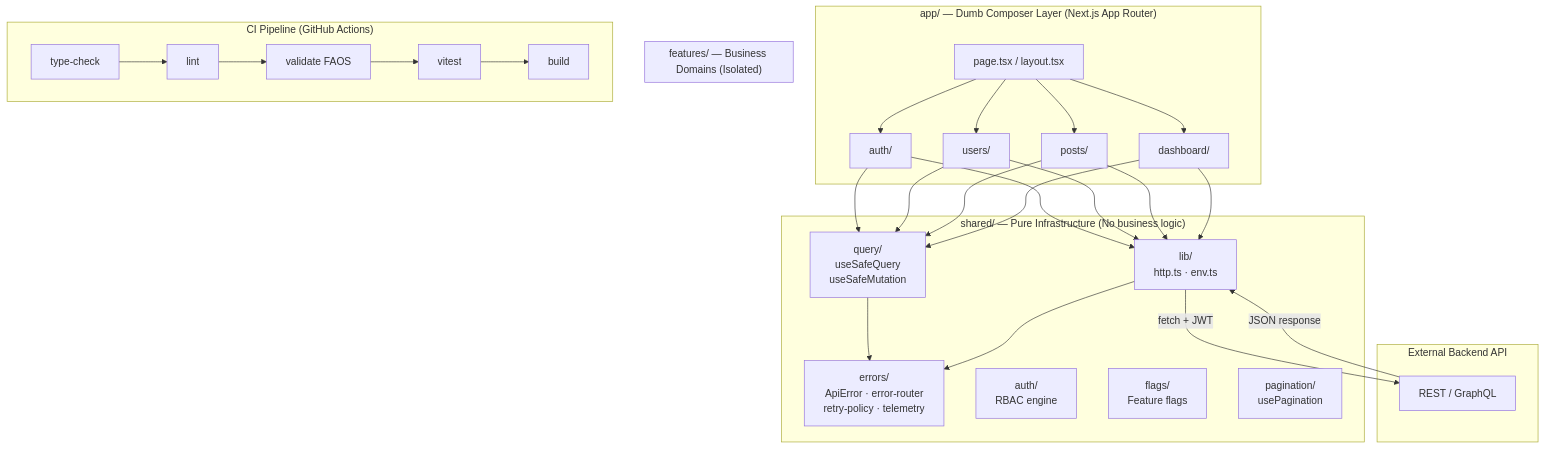
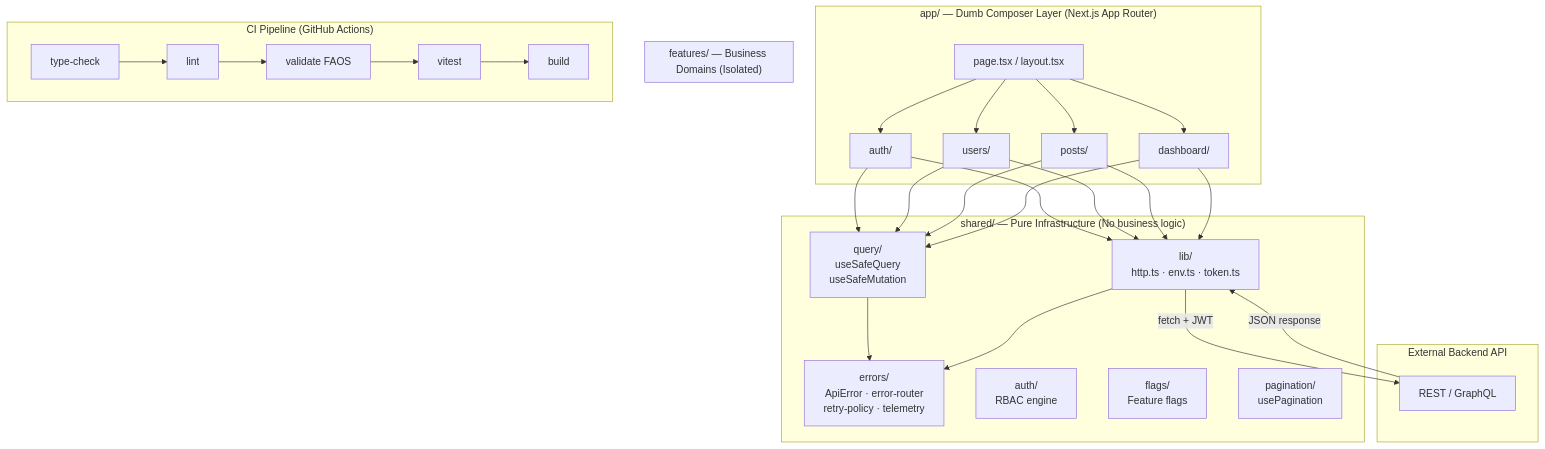
Before and after one commit to rmValdez/next-template-v1: the diagram in README.md, drawn with Mermaid. The commit also changed other lines of this file and 17 other files, not shown here.

````diff
--- a/README.md
+++ b/README.md
@@ -25,44 +25,44 @@
 ```mermaid
 graph TD
     subgraph APP ["app/ — Dumb Composer Layer (Next.js App Router)"]
         A[page.tsx / layout.tsx] --> F1
         A --> F2
         A --> F3
         A --> F4
     end
 
     subgraph FEATURES ["features/ — Business Domains (Isolated)"]
         F1[auth/]
         F2[users/]
         F3[posts/]
         F4[dashboard/]
     end
 
     subgraph SHARED ["shared/ — Pure Infrastructure (No business logic)"]
         S1["query/\nuseSafeQuery\nuseSafeMutation"]
         S2["errors/\nApiError · error-router\nretry-policy · telemetry"]
-        S3["lib/\nhttp.ts · env.ts"]
+        S3["lib/\nhttp.ts · env.ts · token.ts"]
         S4["auth/\nRBAC engine"]
         S5["flags/\nFeature flags"]
         S6["pagination/\nusePagination"]
     end
 
     F1 & F2 & F3 & F4 --> S1
     F1 & F2 & F3 & F4 --> S3
     S1 --> S2
     S3 --> S2
 
     subgraph BACKEND ["External Backend API"]
         B[REST / GraphQL]
     end
 
     S3 -->|fetch + JWT| B
     B -->|JSON response| S3
 
     subgraph CI ["CI Pipeline (GitHub Actions)"]
         CI1[type-check] --> CI2[lint]
         CI2 --> CI3[validate FAOS]
         CI3 --> CI4[vitest]
         CI4 --> CI5[build]
     end
 ```
````
